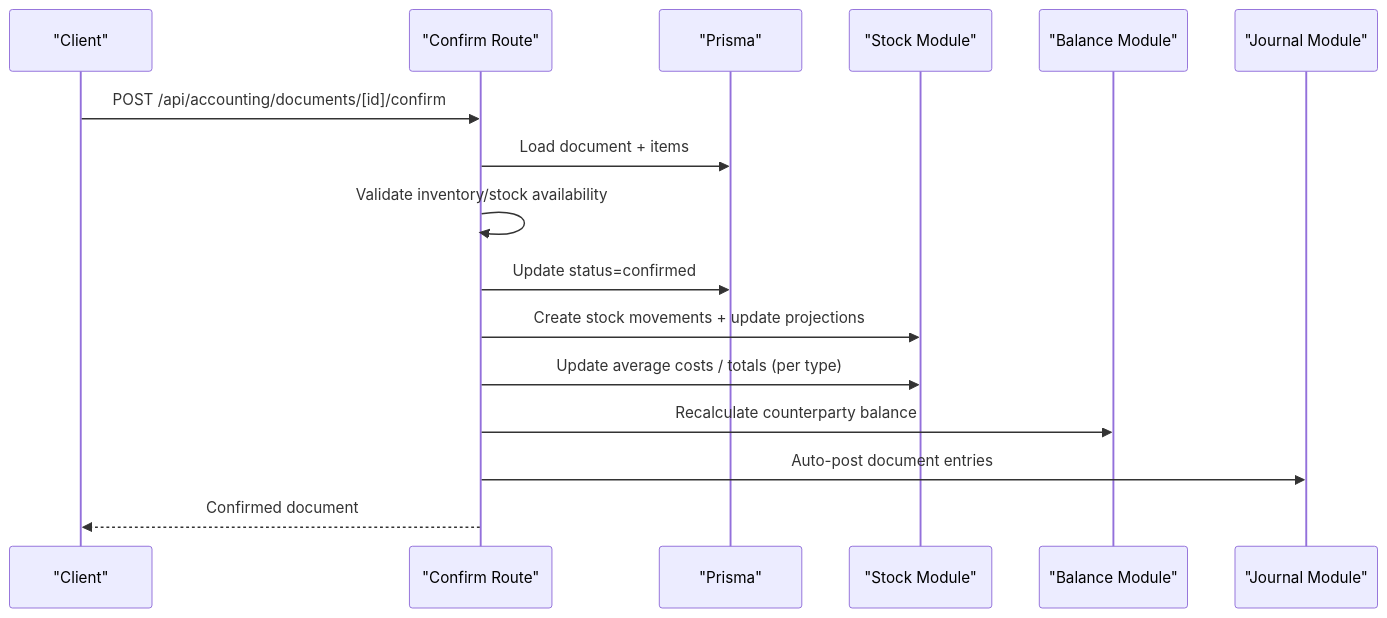
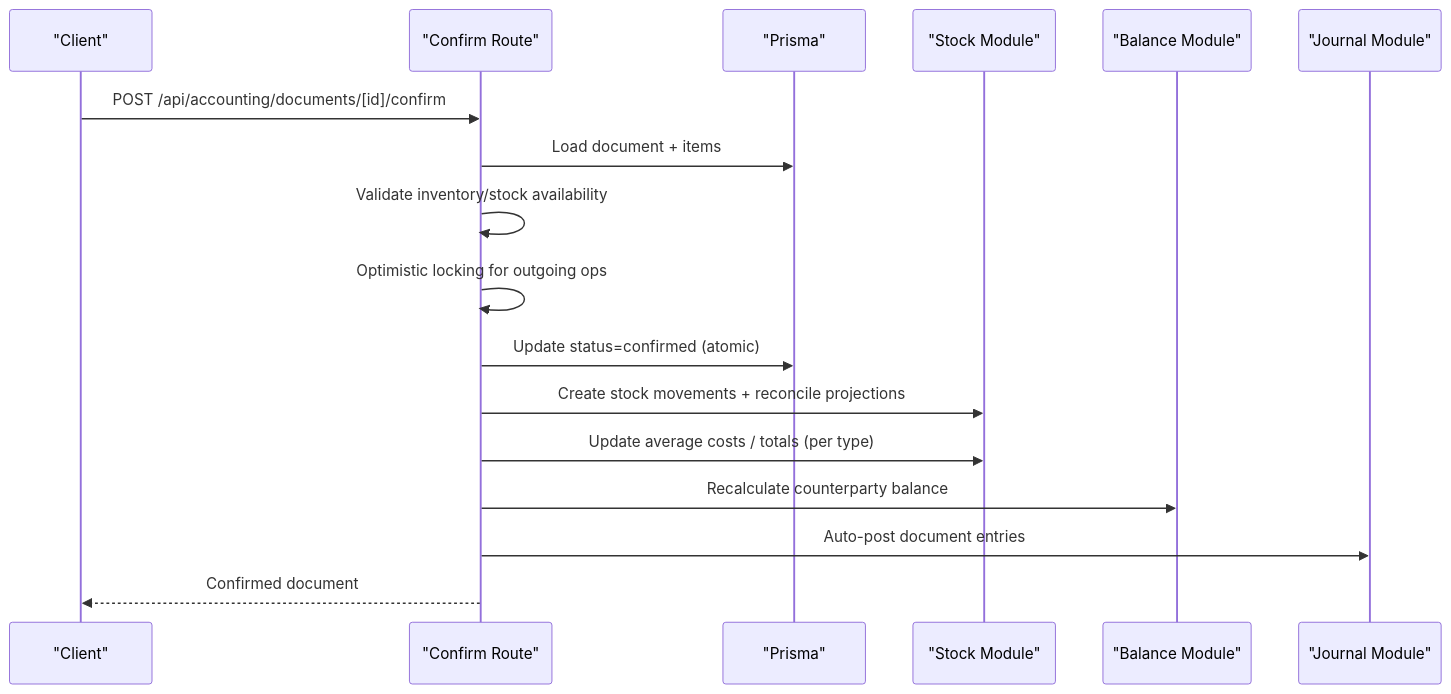
Before and after one commit to nzey11/erp-new: the fifth of 10 diagrams in .qoder/repowiki/en/content/Accounting Module/Document Management System.md, drawn with Mermaid. The commit also changed other lines of this file and 46 other files, not shown here.

````diff
--- a/.qoder/repowiki/en/content/Accounting Module/Document Management System.md
+++ b/.qoder/repowiki/en/content/Accounting Module/Document Management System.md
@@ -232,18 +297,19 @@
 ```mermaid
 sequenceDiagram
 participant Client as "Client"
 participant API as "Confirm Route"
 participant DB as "Prisma"
 participant Stock as "Stock Module"
 participant Bal as "Balance Module"
 participant Jnl as "Journal Module"
 Client->>API : POST /api/accounting/documents/[id]/confirm
 API->>DB : Load document + items
 API->>API : Validate inventory/stock availability
-API->>DB : Update status=confirmed
-API->>Stock : Create stock movements + update projections
+API->>API : Optimistic locking for outgoing ops
+API->>DB : Update status=confirmed (atomic)
+API->>Stock : Create stock movements + reconcile projections
 API->>Stock : Update average costs / totals (per type)
 API->>Bal : Recalculate counterparty balance
 API->>Jnl : Auto-post document entries
 API-->>Client : Confirmed document
 ```
````
